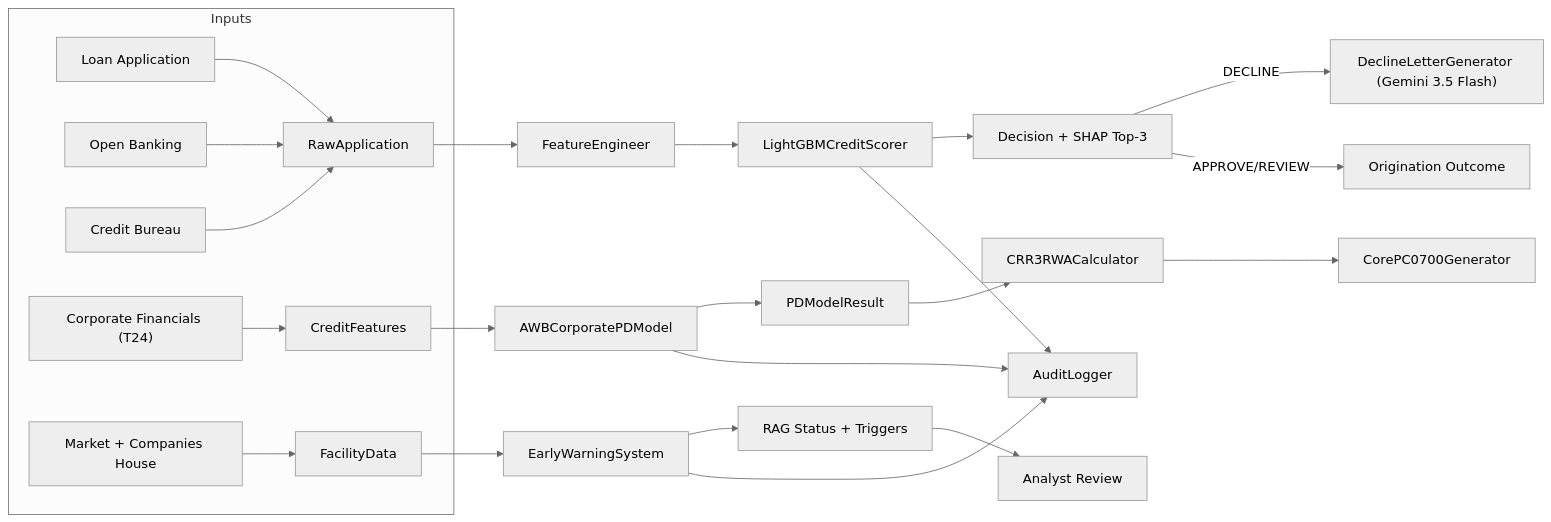
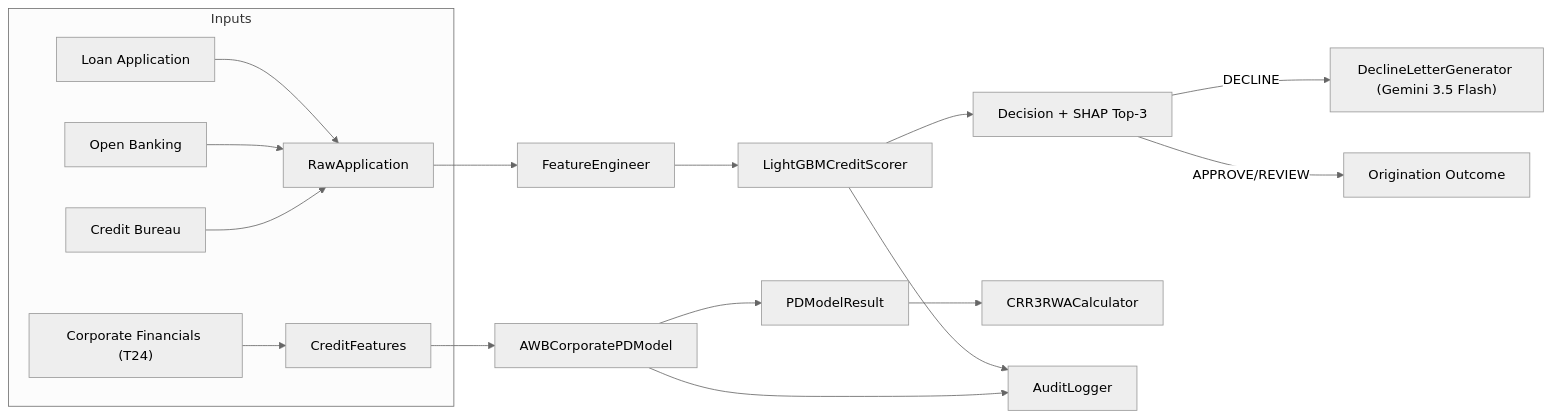
One commit to lorvexai/ai-banking-risk-platform changed the second of 3 diagrams in chapter-06-credit-risk/README.md. Above: the diagram before and after it, drawn with Mermaid (neutral theme). The commit also changed other lines of this file and 48 other files, not shown here.

````diff
--- a/chapter-06-credit-risk/README.md
+++ b/chapter-06-credit-risk/README.md
@@ -78,29 +74,22 @@
 ```mermaid
 flowchart LR
   subgraph Inputs
     A["Loan Application"] --> B["RawApplication"]
     C["Open Banking"] --> B
     D["Credit Bureau"] --> B
     E["Corporate Financials (T24)"] --> F["CreditFeatures"]
-    G["Market + Companies House"] --> H["FacilityData"]
   end
 
   B --> I["FeatureEngineer"]
   I --> J["LightGBMCreditScorer"]
   J --> K["Decision + SHAP Top-3"]
   K -->|DECLINE| L["DeclineLetterGenerator (Gemini 3.5 Flash)"]
   K -->|APPROVE/REVIEW| M["Origination Outcome"]
 
   F --> N["AWBCorporatePDModel"]
   N --> O["PDModelResult"]
   O --> P["CRR3RWACalculator"]
-  P --> Q["CorePC0700Generator"]
-
-  H --> R["EarlyWarningSystem"]
-  R --> S["RAG Status + Triggers"]
-  S --> T["Analyst Review"]
 
   J --> U["AuditLogger"]
   N --> U
-  R --> U
 ```
````
